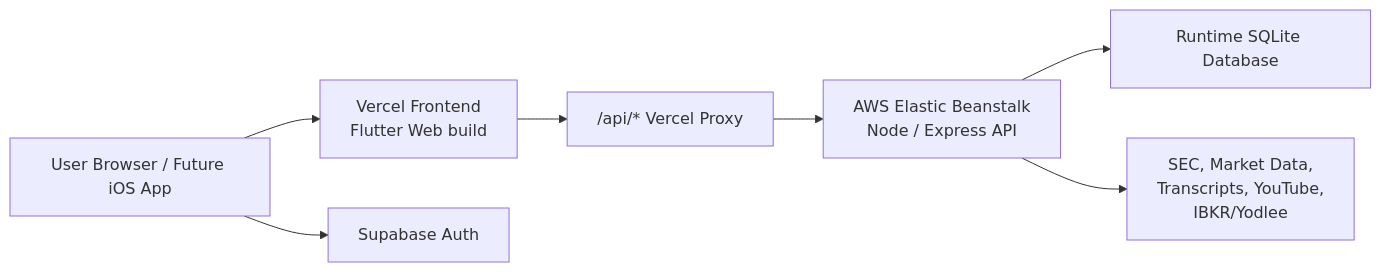
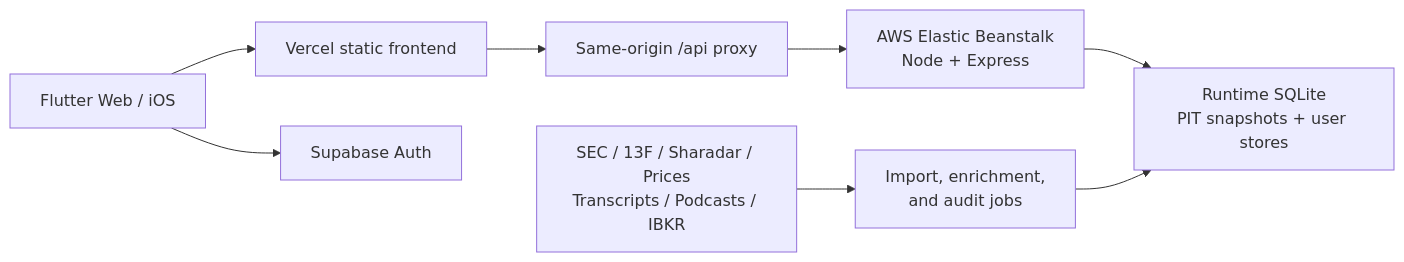
Before and after one commit to yudonglu1136/fundamental-analysis: the diagram in README.md, drawn with Mermaid. The commit also changed other lines of this file and 2 other files, not shown here.

````diff
--- a/README.md
+++ b/README.md
@@ -31,17 +83,19 @@
 ```mermaid
 flowchart LR
-  User["User Browser / Future iOS App"]
-  Vercel["Vercel Frontend\nFlutter Web build"]
-  Proxy["/api/* Vercel Proxy"]
-  AWS["AWS Elastic Beanstalk\nNode / Express API"]
-  Supabase["Supabase Auth"]
-  SQLite["Runtime SQLite Database"]
-  Feeds["SEC, Market Data,\nTranscripts, YouTube,\nIBKR/Yodlee"]
+  Client["Flutter Web / iOS"]
+  Vercel["Vercel static frontend"]
+  Proxy["Same-origin /api proxy"]
+  Auth["Supabase Auth"]
+  API["AWS Elastic Beanstalk<br/>Node + Express"]
+  DB["Runtime SQLite<br/>PIT snapshots + user stores"]
+  Jobs["Import, enrichment,<br/>and audit jobs"]
+  Sources["SEC / 13F / Sharadar / Prices<br/>Transcripts / Podcasts / IBKR"]
 
-  User --> Vercel
+  Client --> Vercel
+  Client --> Auth
   Vercel --> Proxy
-  Proxy --> AWS
-  User --> Supabase
-  AWS --> SQLite
-  AWS --> Feeds
+  Proxy --> API
+  API --> DB
+  Sources --> Jobs
+  Jobs --> DB
 ```
````
